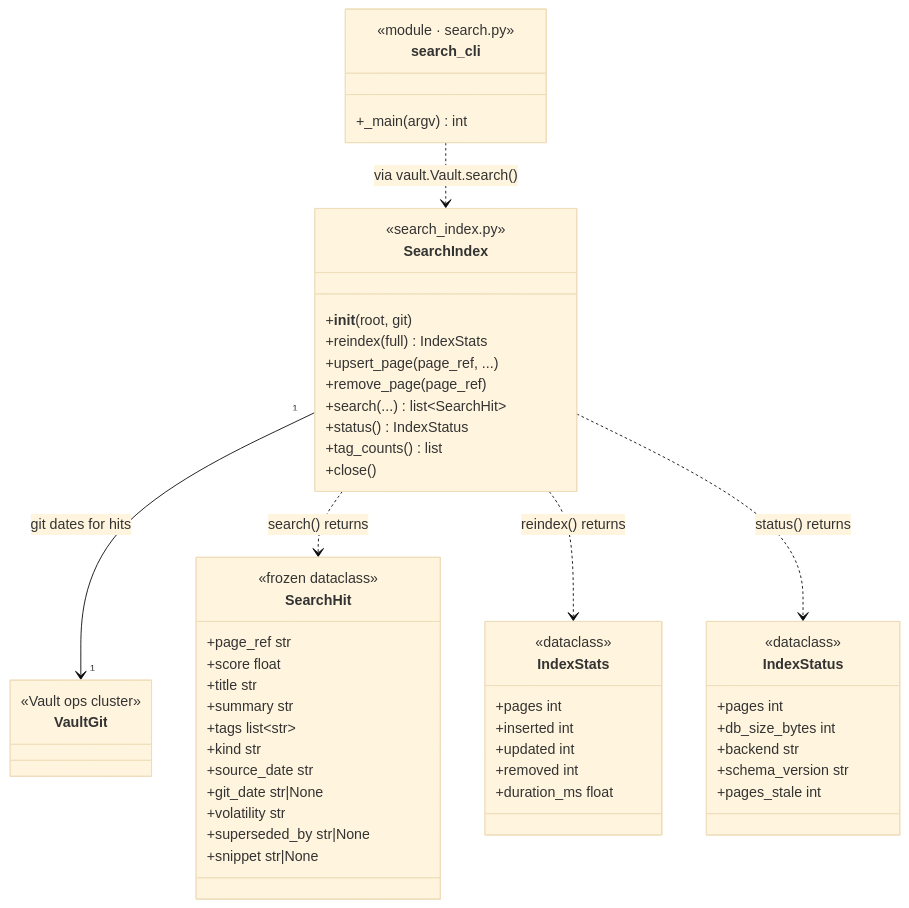
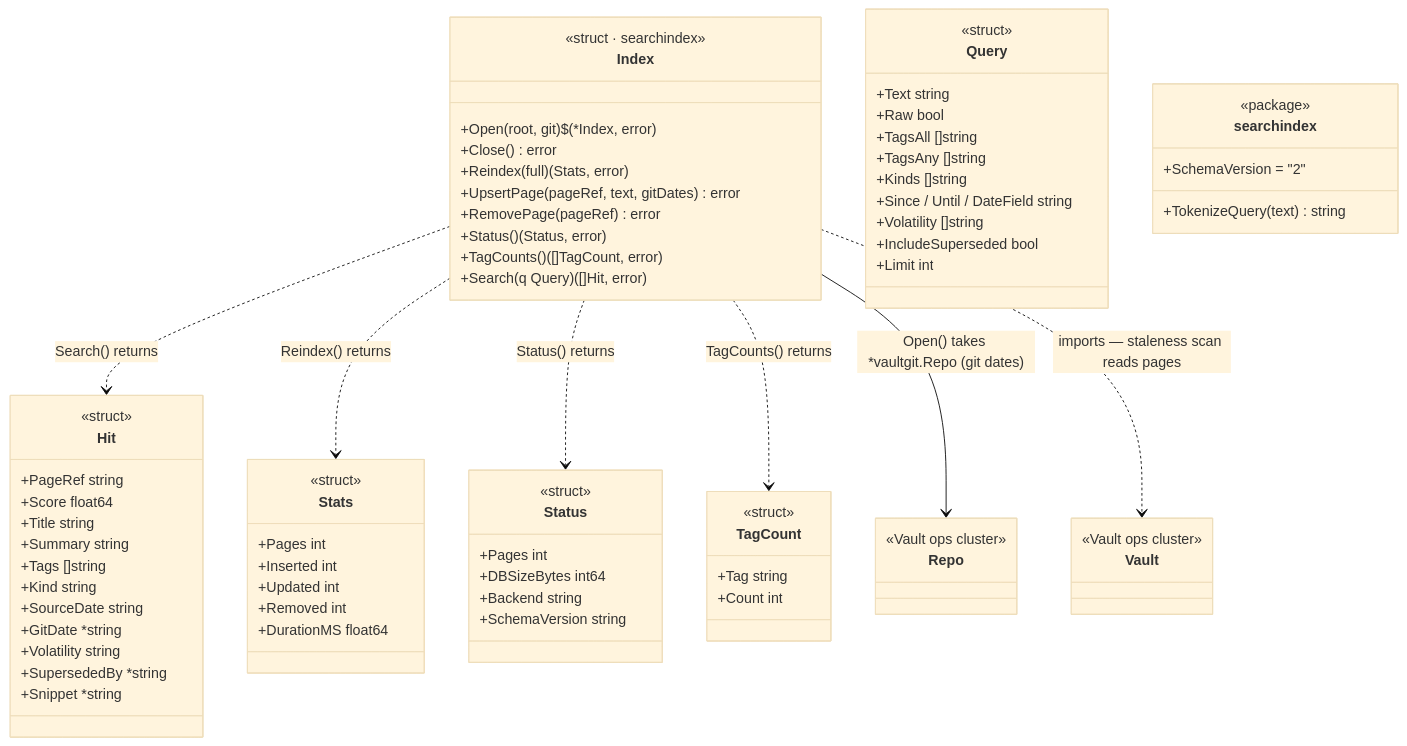
The fifth of 9 diagrams in docs/architecture.md (dhague/enchiridion), drawn with Mermaid (base theme) before and after one commit. The commit also changed other lines of this file and 1 other file, not shown here.

Commit message:
Redraw docs/architecture.md natively for Go (#191)

````diff
--- a/docs/architecture.md
+++ b/docs/architecture.md
@@ -233,57 +296,78 @@
 ```mermaid
 classDiagram
-    class SearchIndex {
-        <<search_index.py>>
-        +__init__(root, git)
-        +reindex(full) IndexStats
-        +upsert_page(page_ref, ...)
-        +remove_page(page_ref)
-        +search(...) list~SearchHit~
-        +status() IndexStatus
-        +tag_counts() list
-        +close()
+    class Index {
+        <<struct · searchindex>>
+        +Open(root, git)$ (*Index, error)
+        +Close() error
+        +Reindex(full) (Stats, error)
+        +UpsertPage(pageRef, text, gitDates) error
+        +RemovePage(pageRef) error
+        +Status() (Status, error)
+        +TagCounts() ([]TagCount, error)
+        +Search(q Query) ([]Hit, error)
     }
-    class SearchHit {
-        <<frozen dataclass>>
-        +page_ref str
-        +score float
-        +title str
-        +summary str
-        +tags list~str~
-        +kind str
-        +source_date str
-        +git_date str|None
-        +volatility str
-        +superseded_by str|None
-        +snippet str|None
+    class Query {
+        <<struct>>
+        +Text string
+        +Raw bool
+        +TagsAll []string
+        +TagsAny []string
+        +Kinds []string
+        +Since / Until / DateField string
+        +Volatility []string
+        +IncludeSuperseded bool
+        +Limit int
     }
-    class IndexStats {
-        <<dataclass>>
-        +pages int
-        +inserted int
-        +updated int
-        +removed int
-        +duration_ms float
+    class Hit {
+        <<struct>>
+        +PageRef string
+        +Score float64
+        +Title string
+        +Summary string
+        +Tags []string
+        +Kind string
+        +SourceDate string
+        +GitDate *string
+        +Volatility string
+        +SupersededBy *string
+        +Snippet *string
     }
-    class IndexStatus {
-        <<dataclass>>
-        +pages int
-        +db_size_bytes int
-        +backend str
-        +schema_version str
-        +pages_stale int
+    class Stats {
+        <<struct>>
+        +Pages int
+        +Inserted int
+        +Updated int
+        +Removed int
+        +DurationMS float64
     }
-    class VaultGit {
+    class Status {
+        <<struct>>
+        +Pages int
+        +DBSizeBytes int64
+        +Backend string
+        +SchemaVersion string
+    }
+    class TagCount {
+        <<struct>>
+        +Tag string
+        +Count int
+    }
+    class searchindex {
+        <<package>>
+        +SchemaVersion = "2"
+        +TokenizeQuery(text) string
+    }
+    class Repo {
         <<Vault ops cluster>>
     }
-    class search_cli {
-        <<module · search.py>>
-        +_main(argv) int
+    class Vault {
+        <<Vault ops cluster>>
     }
 
-    SearchIndex "1" --> "1" VaultGit : git dates for hits
-    SearchIndex ..> SearchHit : search() returns
-    SearchIndex ..> IndexStats : reindex() returns
-    SearchIndex ..> IndexStatus : status() returns
-    search_cli ..> SearchIndex : via vault.Vault.search()
+    Index ..> Hit : Search() returns
+    Index ..> Stats : Reindex() returns
+    Index ..> Status : Status() returns
+    Index ..> TagCount : TagCounts() returns
+    Index --> Repo : Open() takes *vaultgit.Repo (git dates)
+    Index ..> Vault : imports — staleness scan reads pages
 ```
````
